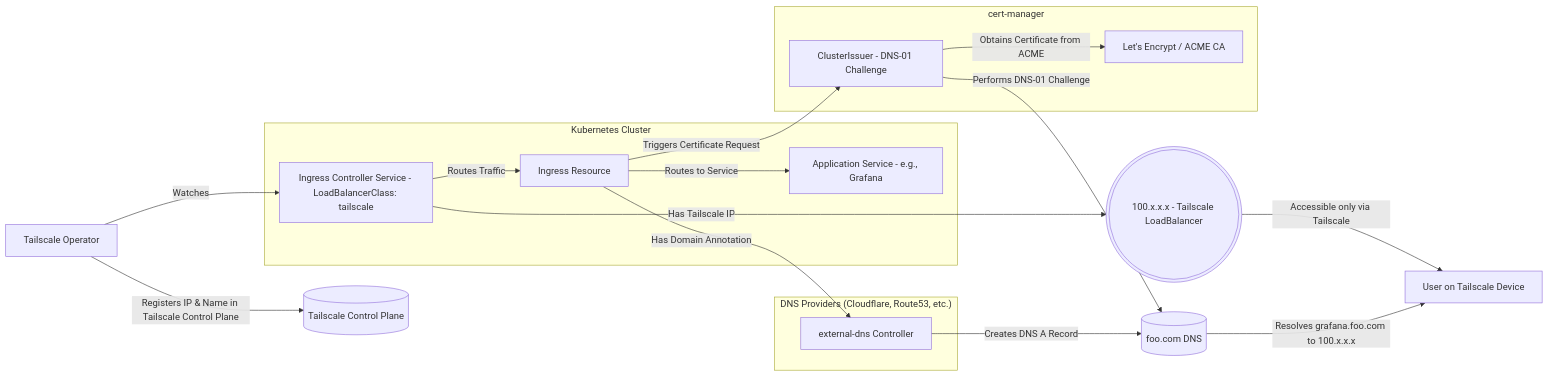
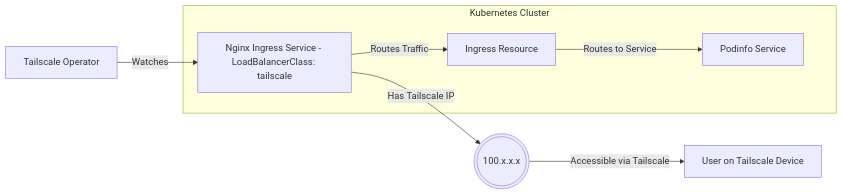
One commit to kpoxo6op/soyspray changed the first of 2 diagrams in soydocs/tailscale-again.md. Above: the diagram before and after it, drawn with Mermaid. The commit also changed other lines of this file, not shown here.

````diff
--- a/soydocs/tailscale-again.md
+++ b/soydocs/tailscale-again.md
@@ -5,34 +5,15 @@
 ```mermaid
 flowchart LR
-    A[Tailscale Operator] -->|Watches| B[Ingress Controller Service - LoadBalancerClass: tailscale]
-    B -->|Has Tailscale IP| C(((100.x.x.x - Tailscale LoadBalancer)))
-    C -->|Accessible only via Tailscale| F[User on Tailscale Device]
+    A[Tailscale Operator] -->|Watches| B[Nginx Ingress Service - LoadBalancerClass: tailscale]
+    B -->|Has Tailscale IP| C(((100.x.x.x)))
+    C -->|Accessible via Tailscale| F[User on Tailscale Device]
 
     subgraph "Kubernetes Cluster"
       B
-      D[Application Service - e.g., Grafana]
+      D[Podinfo Service]
       E[Ingress Resource]
 
       B -->|Routes Traffic| E
       E -->|Routes to Service| D
     end
-
-    A -->|Registers IP & Name in Tailscale Control Plane| G[(Tailscale Control Plane)]
-
-    subgraph "DNS Providers (Cloudflare, Route53, etc.)"
-      H[external-dns Controller]
-    end
-
-    E -->|Has Domain Annotation| H
-    H -->|Creates DNS A Record| I[(foo.com DNS)]
-    I -->|Resolves grafana.foo.com to 100.x.x.x| F
-
-    subgraph "cert-manager"
-      J[ClusterIssuer - DNS-01 Challenge]
-      K[Let's Encrypt / ACME CA]
-    end
-
-    E -->|Triggers Certificate Request| J
-    J -->|Performs DNS-01 Challenge| I
-    J -->|Obtains Certificate from ACME| K
 ```
````
